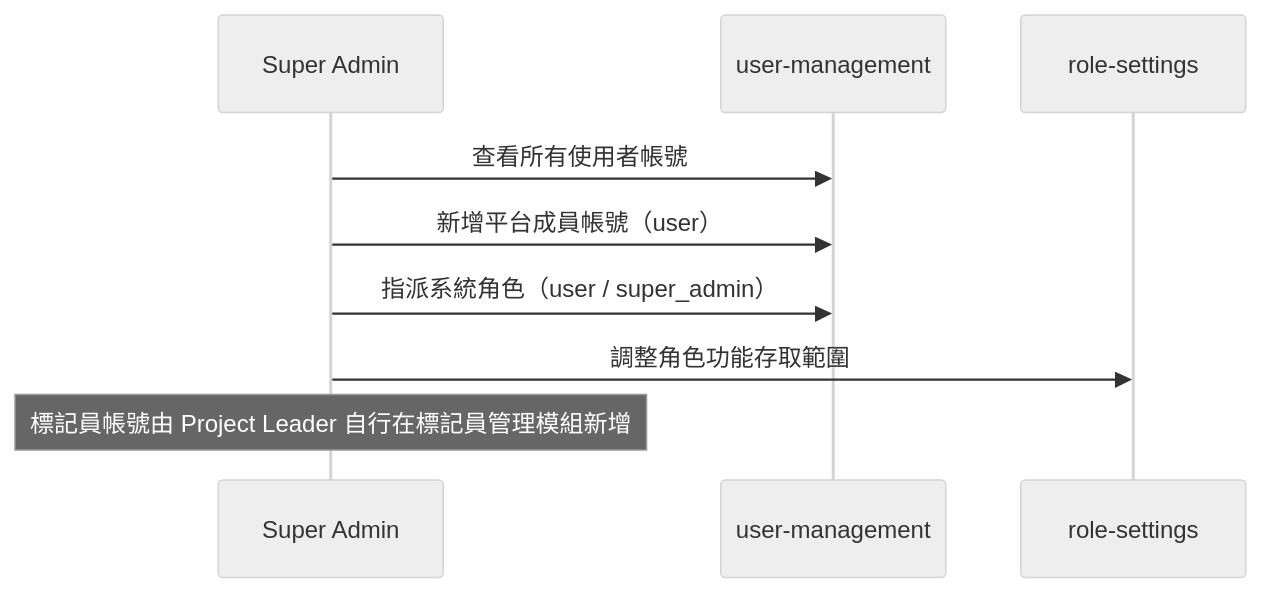
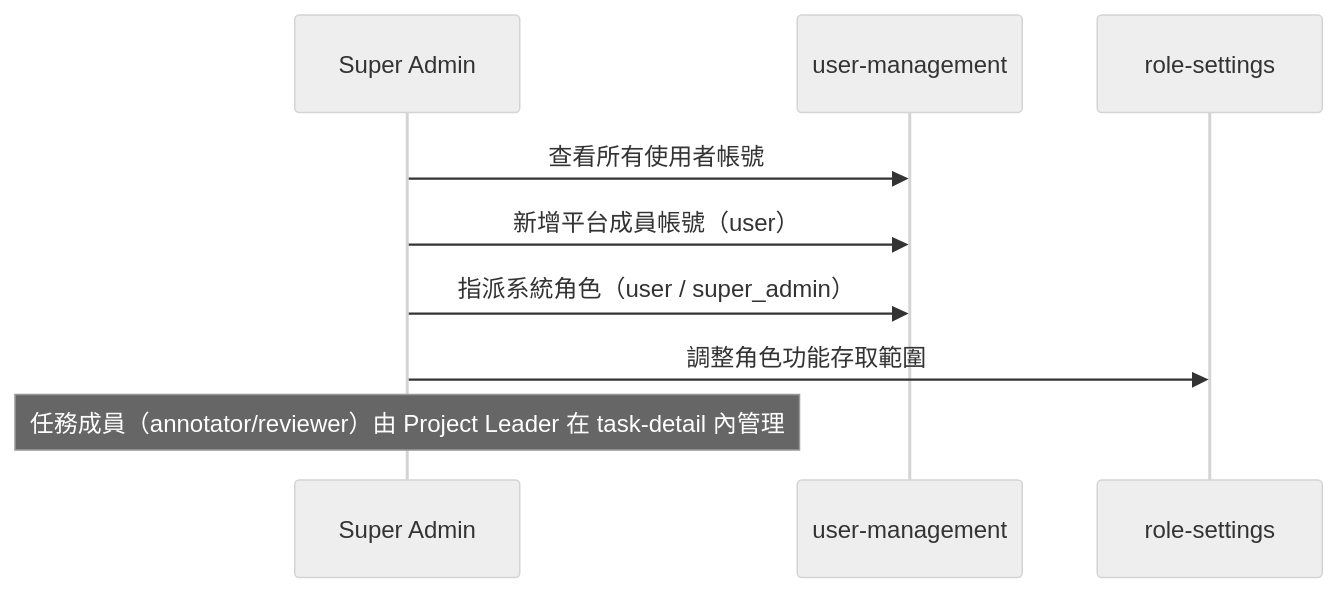
Before and after one commit to singyichen/label-suite: the fifth of 5 diagrams in docs/product/ia/information-architecture.md, drawn with Mermaid (neutral theme). The commit also changed other lines of this file and 4 other files, not shown here.

````diff
--- a/docs/product/ia/information-architecture.md
+++ b/docs/product/ia/information-architecture.md
@@ -434,12 +509,12 @@
 ```mermaid
 sequenceDiagram
   participant SA as Super Admin
   participant UM as user-management
   participant RS as role-settings
 
   SA->>UM: 查看所有使用者帳號
   SA->>UM: 新增平台成員帳號（user）
   SA->>UM: 指派系統角色（user / super_admin）
   SA->>RS: 調整角色功能存取範圍
-  Note over SA: 標記員帳號由 Project Leader 自行在標記員管理模組新增
+  Note over SA: 任務成員（annotator/reviewer）由 Project Leader 在 task-detail 內管理
 ```
````
